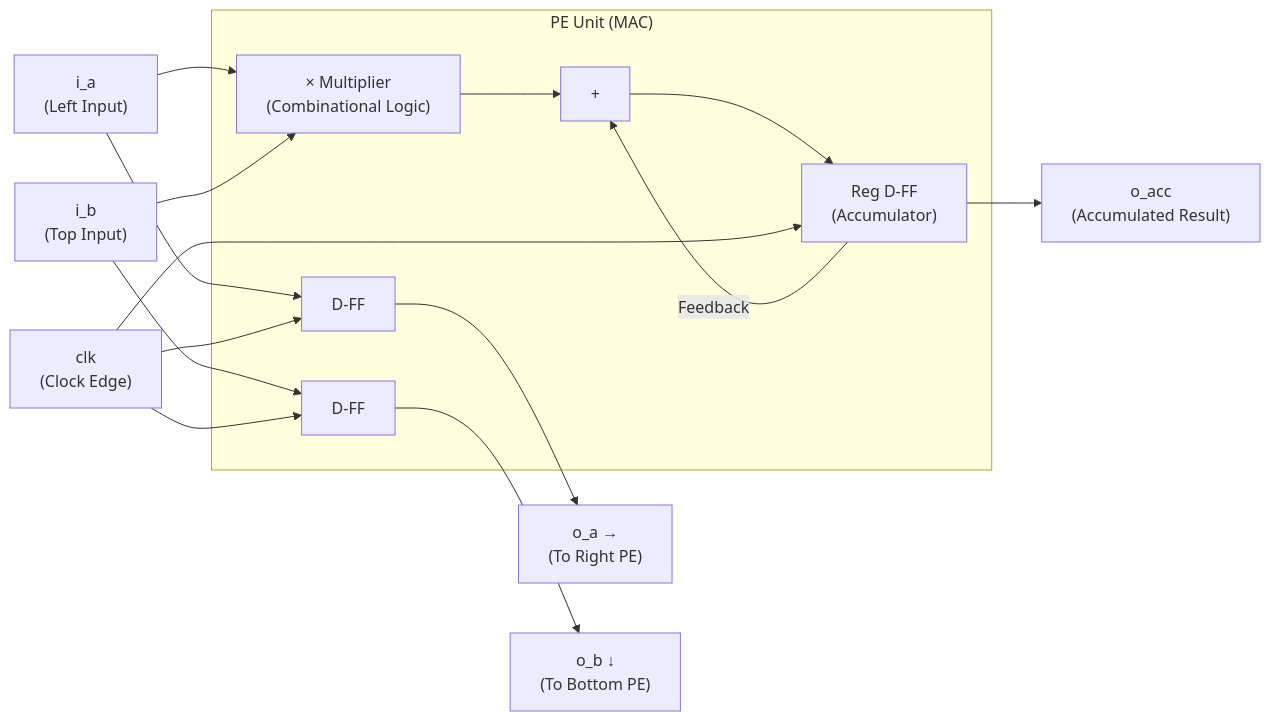
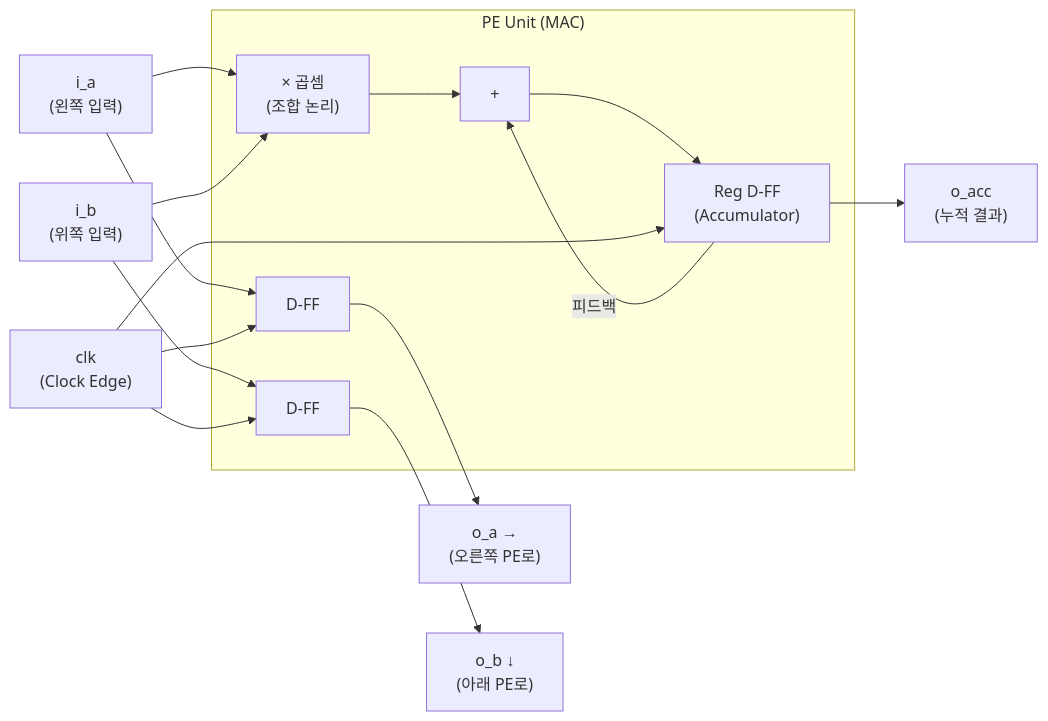
Before and after one commit to hwkim-dev/NPU-FPGA-Transformer-Accelerator-KV260: the first of 2 diagrams in Architecture/PE_Unit.md, drawn with Mermaid. The commit also changed other lines of this file and 111 other files, not shown here.

````diff
--- a/Architecture/PE_Unit.md
+++ b/Architecture/PE_Unit.md
@@ -13,32 +13,32 @@
 ```mermaid
 flowchart LR
-    IA["i_a\n(Left Input)"]
-    IB["i_b\n(Top Input)"]
+    IA["i_a\n(왼쪽 입력)"]
+    IB["i_b\n(위쪽 입력)"]
     CLK["clk\n(Clock Edge)"]
 
     subgraph PE ["PE Unit (MAC)"]
-        MUL["× Multiplier\n(Combinational Logic)"]
+        MUL["× 곱셈\n(조합 논리)"]
         ADD["+"]
         REG_ACC["Reg D-FF\n(Accumulator)"]
         REG_A["D-FF"]
         REG_B["D-FF"]
     end
 
-    OA["o_a →\n(To Right PE)"]
-    OB["o_b ↓\n(To Bottom PE)"]
-    OACC["o_acc\n(Accumulated Result)"]
+    OA["o_a →\n(오른쪽 PE로)"]
+    OB["o_b ↓\n(아래 PE로)"]
+    OACC["o_acc\n(누적 결과)"]
 
     IA --> MUL
     IB --> MUL
     MUL --> ADD
     ADD --> REG_ACC
-    REG_ACC -->|Feedback| ADD
+    REG_ACC -->|피드백| ADD
     REG_ACC --> OACC
 
     IA --> REG_A --> OA
     IB --> REG_B --> OB
 
     CLK --> REG_ACC
     CLK --> REG_A
     CLK --> REG_B
 ```
````
